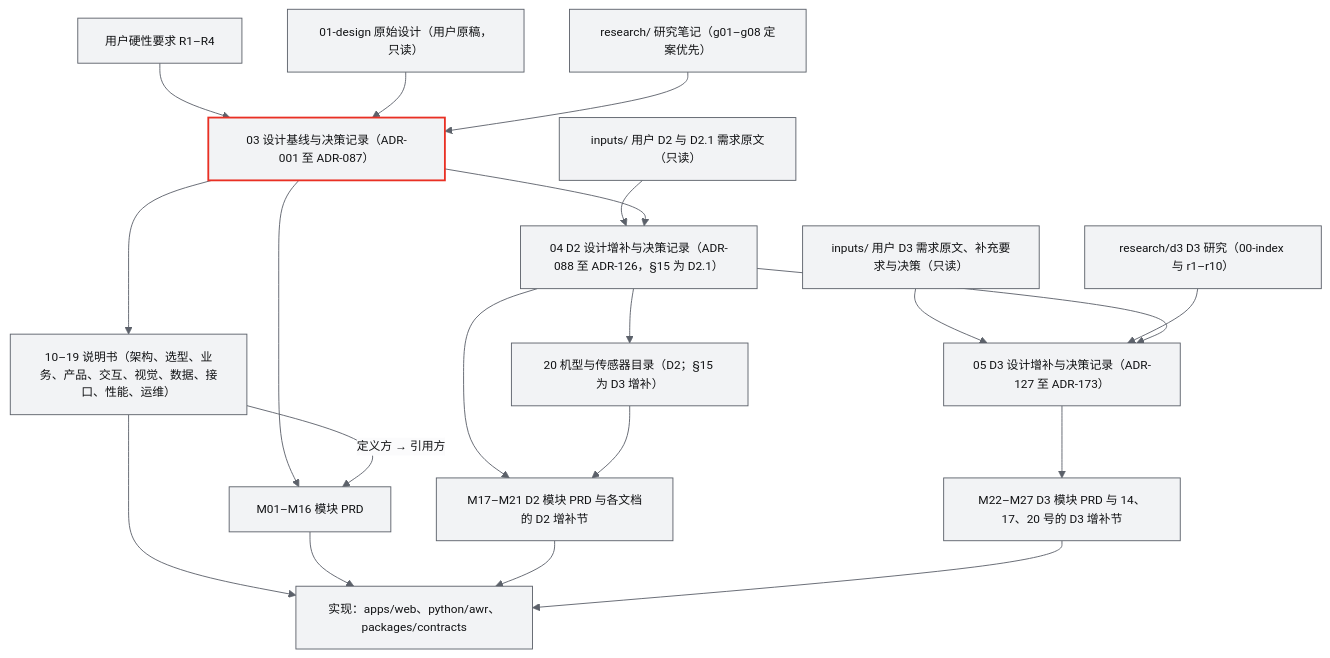
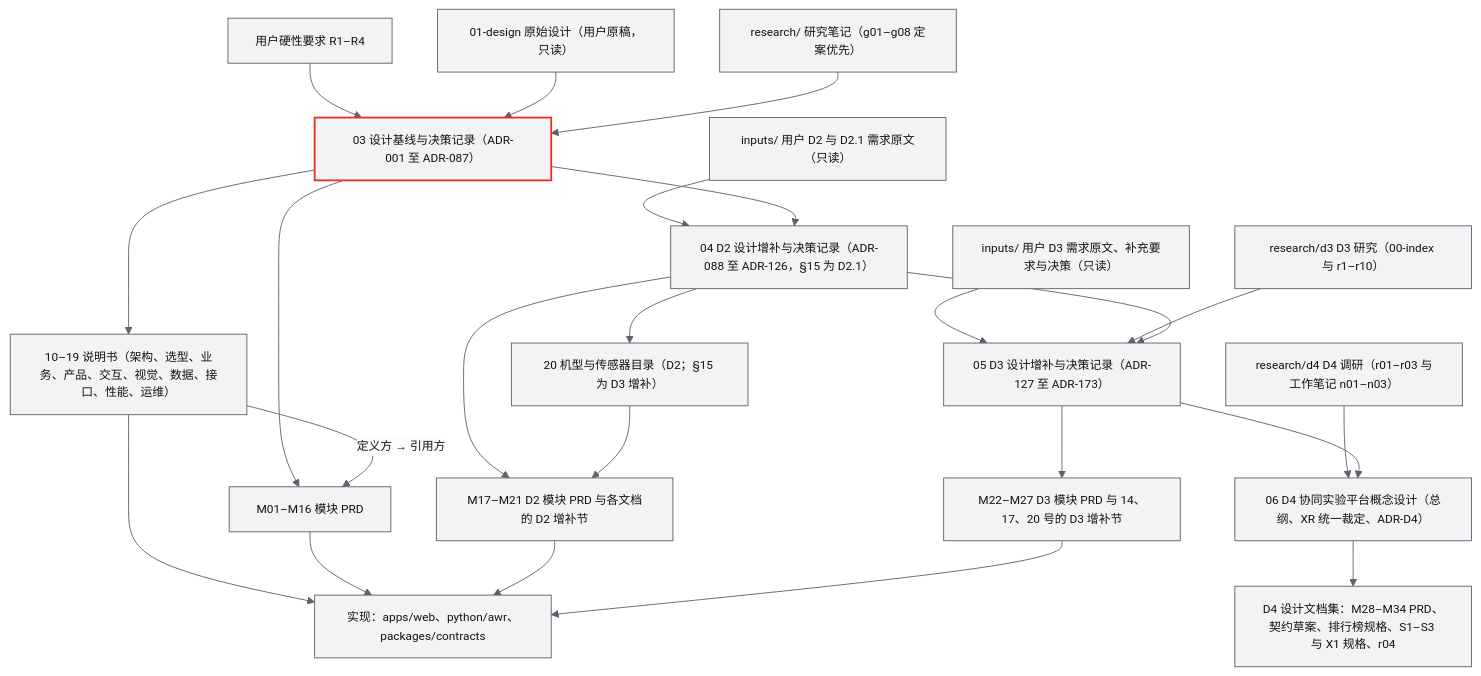
One commit to ANetResearch/ANet-Drone4D changed the diagram in docs/README.md. Above: the diagram before and after it, drawn with Mermaid. The commit also changed other lines of this file and 17 other files, not shown here.

````diff
--- a/docs/README.md
+++ b/docs/README.md
@@ -20,40 +20,46 @@
 ```mermaid
 %%{init: {"theme": "base", "themeVariables": {"fontFamily": "Inter, PingFang SC, Microsoft YaHei, Noto Sans CJK SC, sans-serif", "fontSize": "13px", "background": "#FBFBFC", "primaryColor": "#F2F3F5", "primaryTextColor": "#111214", "primaryBorderColor": "#5C616A", "secondaryColor": "#E4E6E9", "tertiaryColor": "#FBFBFC", "lineColor": "#5C616A", "textColor": "#111214", "mainBkg": "#F2F3F5", "nodeBorder": "#5C616A", "clusterBkg": "#FBFBFC", "clusterBorder": "#A7ABB3", "edgeLabelBackground": "#FBFBFC", "noteBkgColor": "#E4E6E9", "noteTextColor": "#111214", "noteBorderColor": "#81868F"}}}%%
 flowchart TD
   R["用户硬性要求 R1–R4"]
   D["01-design 原始设计（用户原稿，只读）"]
   RS["research/ 研究笔记（g01–g08 定案优先）"]
   B["03 设计基线与决策记录（ADR-001 至 ADR-087）"]
   IN["inputs/ 用户 D2 与 D2.1 需求原文（只读）"]
   B2["04 D2 设计增补与决策记录（ADR-088 至 ADR-126，§15 为 D2.1）"]
   CAT["20 机型与传感器目录（D2；§15 为 D3 增补）"]
   M2["M17–M21 D2 模块 PRD 与各文档的 D2 增补节"]
   IN3["inputs/ 用户 D3 需求原文、补充要求与决策（只读）"]
   RS3["research/d3 D3 研究（00-index 与 r1–r10）"]
   B3["05 D3 设计增补与决策记录（ADR-127 至 ADR-173）"]
   M3["M22–M27 D3 模块 PRD 与 14、17、20 号的 D3 增补节"]
+  RS4["research/d4 D4 调研（r01–r03 与工作笔记 n01–n03）"]
+  B4["06 D4 协同实验平台概念设计（总纲、XR 统一裁定、ADR-D4）"]
+  M4["D4 设计文档集：M28–M34 PRD、契约草案、排行榜规格、S1–S3 与 X1 规格、r04"]
   S["10–19 说明书（架构、选型、业务、产品、交互、视觉、数据、接口、性能、运维）"]
   M["M01–M16 模块 PRD"]
   I["实现：apps/web、python/awr、packages/contracts"]
   R --> B
   D --> B
   RS --> B
   B --> S
   B --> M
   S -- "定义方 → 引用方" --> M
   S --> I
   M --> I
   IN --> B2
   B --> B2
   B2 --> CAT
   B2 --> M2
   CAT --> M2
   M2 --> I
   IN3 --> B3
   RS3 --> B3
   B2 --> B3
   B3 --> M3
   M3 --> I
+  RS4 --> B4
+  B3 --> B4
+  B4 --> M4
   classDef hero stroke:#E93024,stroke-width:2px
   class B hero
 ```
````
